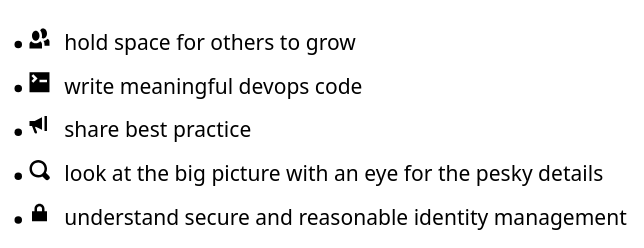
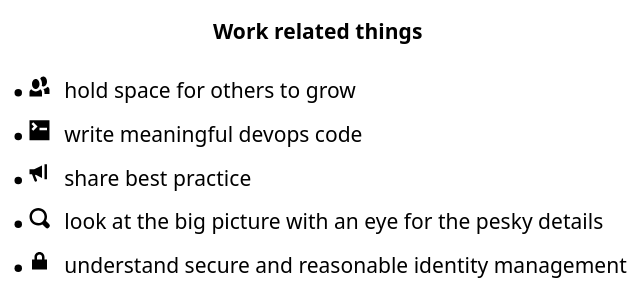
The second of 2 diagrams in readme.md (tess-barnes-mt/manual-of-me), drawn with PlantUML before and after one commit. The commit also changed other lines of this file, not shown here.

````diff
--- a/readme.md
+++ b/readme.md
@@ -20,11 +65,12 @@
 ```plantuml
 @startsalt
 {
+  title Work related things
 * <size:20><&people> <size:14> hold space for others to grow
 * <size:20><&terminal> <size:14> write meaningful devops code
 * <size:20><&bullhorn> <size:14> share best practice
 * <size:20><&magnifying-glass> <size:14> look at the big picture with an eye for the pesky details
 * <size:20><&lock-locked> <size:14> understand secure and reasonable identity management
 }
 @endsalt
 ```
````
